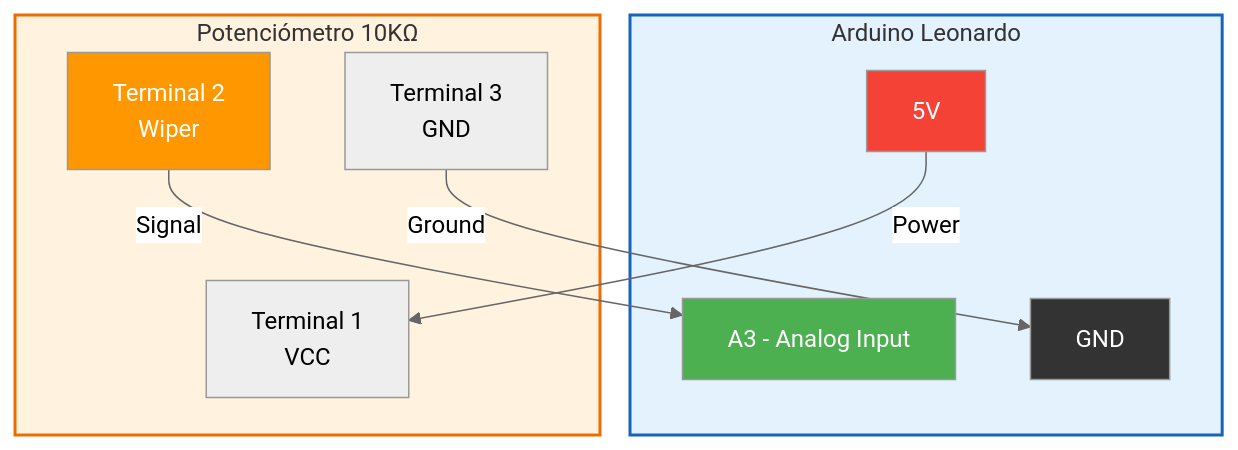
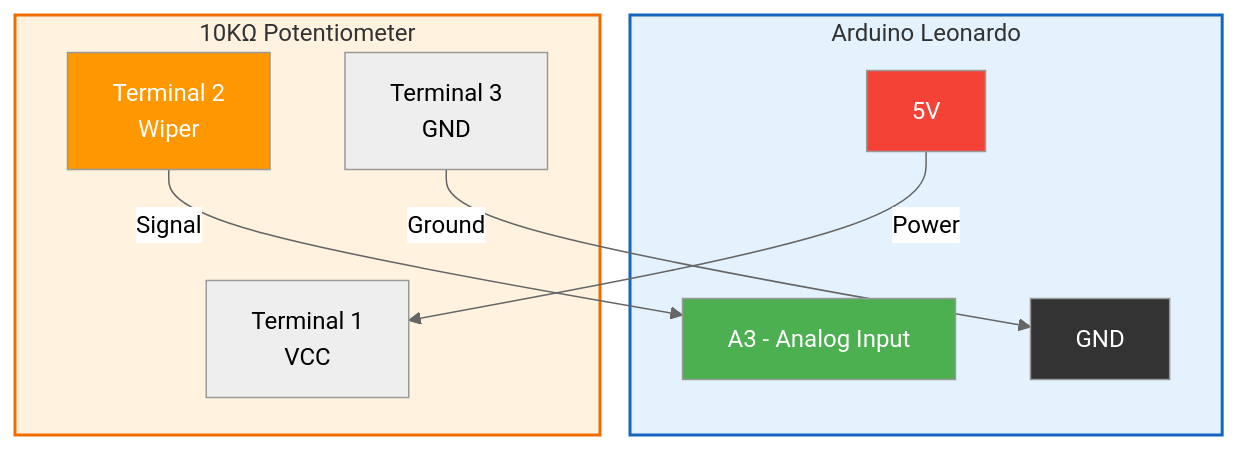
One commit to adrianmarino/sim-handbreak changed the first of 4 diagrams in README.md. Above: the diagram before and after it, drawn with Mermaid (neutral theme). The commit also changed other lines of this file and 8 other files, not shown here.

````diff
--- a/README.md
+++ b/README.md
@@ -63,25 +63,25 @@
 ```mermaid
 graph TD
     subgraph Arduino["Arduino Leonardo"]
         A3["A3 - Analog Input"]
         VCC["5V"]
         GND_A["GND"]
     end
     
-    subgraph Pot["Potenciómetro 10KΩ"]
+    subgraph Pot["10KΩ Potentiometer"]
         P1["Terminal 1<br/>VCC"]
         P2["Terminal 2<br/>Wiper"]
         P3["Terminal 3<br/>GND"]
     end
     
     VCC -->|"Power"| P1
     P2 -->|"Signal"| A3
     P3 -->|"Ground"| GND_A
     
     style Arduino fill:#e3f2fd,stroke:#1565c0,stroke-width:2px
     style Pot fill:#fff3e0,stroke:#ef6c00,stroke-width:2px
     style A3 fill:#4caf50,color:#fff
     style VCC fill:#f44336,color:#fff
     style GND_A fill:#333,color:#fff
     style P2 fill:#ff9800,color:#fff
 ```
````
